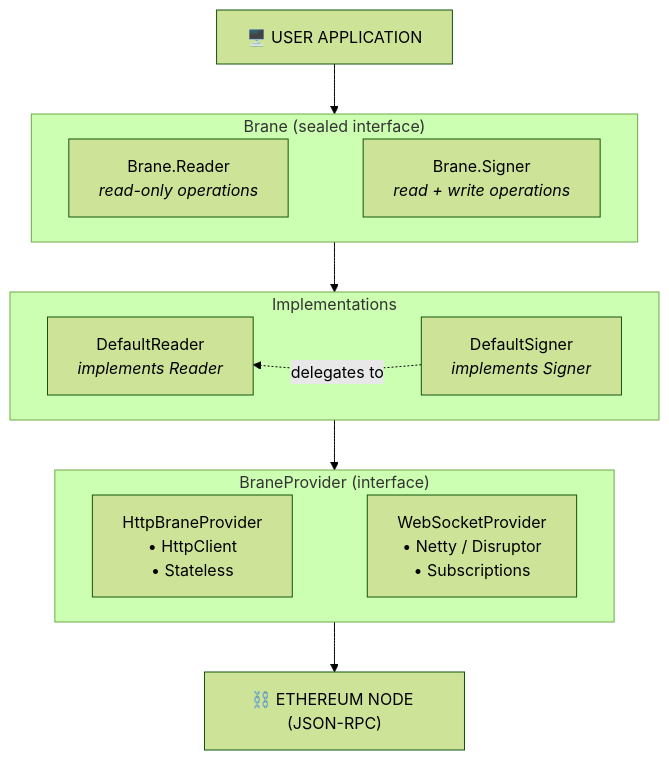
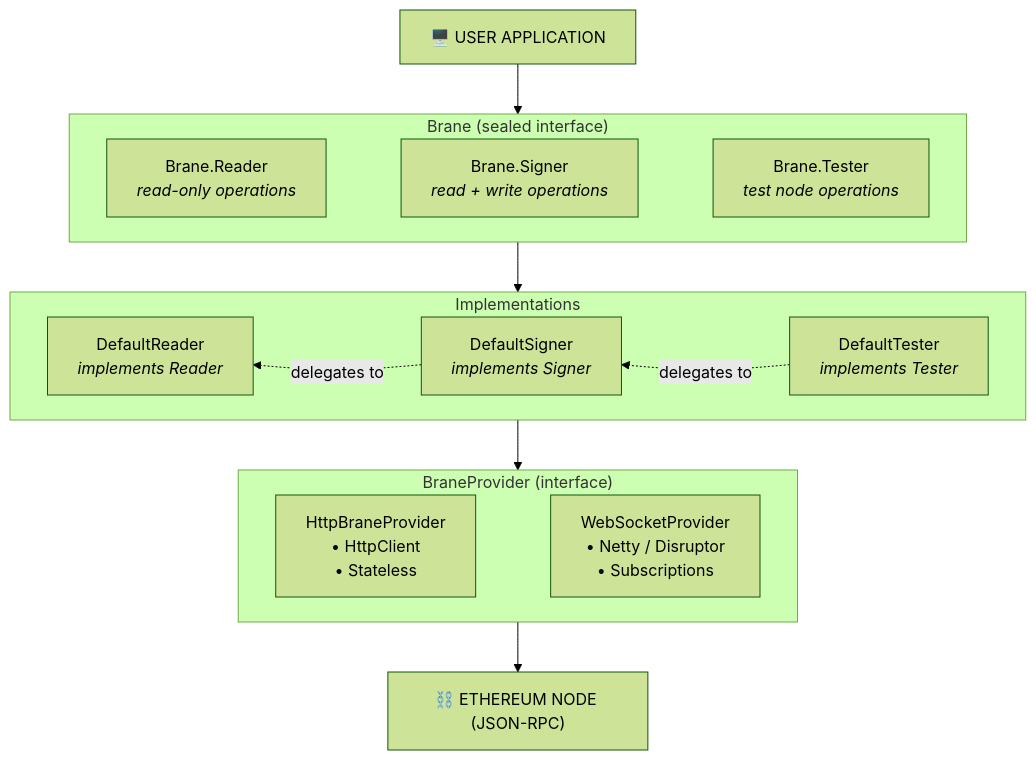
One commit to noise-xyz/brane changed the first of 2 diagrams in docs/architecture.mdx. Above: the diagram before and after it, drawn with Mermaid (forest theme). The commit also changed other lines of this file and 1 other file, not shown here.

Commit message:
docs: add Brane.Tester to architecture diagram and features
- Update architecture.mdx mermaid diagram to include Tester in sealed hierarchy
- Add DefaultTester delegation relationship to DefaultSigner
- Update Client Layer description to document Tester role
- Add testing feature to introduction.mdx features list

````diff
--- a/docs/architecture.mdx
+++ b/docs/architecture.mdx
@@ -10,28 +10,29 @@
 ```mermaid
 %%{init: {'flowchart': {'nodeSpacing': 30, 'rankSpacing': 50}}}%%
 flowchart TD
     APP["🖥️ USER APPLICATION"]
 
     subgraph BRANE["Brane (sealed interface)"]
         direction LR
-        READER["Brane.Reader<br/><i>read-only operations</i>"] ~~~ SIGNER["Brane.Signer<br/><i>read + write operations</i>"]
+        READER["Brane.Reader<br/><i>read-only operations</i>"] ~~~ SIGNER["Brane.Signer<br/><i>read + write operations</i>"] ~~~ TESTER["Brane.Tester<br/><i>test node operations</i>"]
     end
 
     subgraph IMPLS["Implementations"]
         direction LR
-        DEFAULT_READER["DefaultReader<br/><i>implements Reader</i>"] ~~~ DEFAULT_SIGNER["DefaultSigner<br/><i>implements Signer</i>"]
+        DEFAULT_READER["DefaultReader<br/><i>implements Reader</i>"] ~~~ DEFAULT_SIGNER["DefaultSigner<br/><i>implements Signer</i>"] ~~~ DEFAULT_TESTER["DefaultTester<br/><i>implements Tester</i>"]
     end
 
     subgraph PROVIDER["BraneProvider (interface)"]
         direction LR
         HTTP["HttpBraneProvider<br/>• HttpClient<br/>• Stateless"] ~~~ WS["WebSocketProvider<br/>• Netty / Disruptor<br/>• Subscriptions"]
     end
 
     NODE["⛓️ ETHEREUM NODE (JSON-RPC)"]
 
     APP --> BRANE
     BRANE --> IMPLS
     DEFAULT_SIGNER -.->|delegates to| DEFAULT_READER
+    DEFAULT_TESTER -.->|delegates to| DEFAULT_SIGNER
     IMPLS --> PROVIDER
     PROVIDER --> NODE
 ```
````
